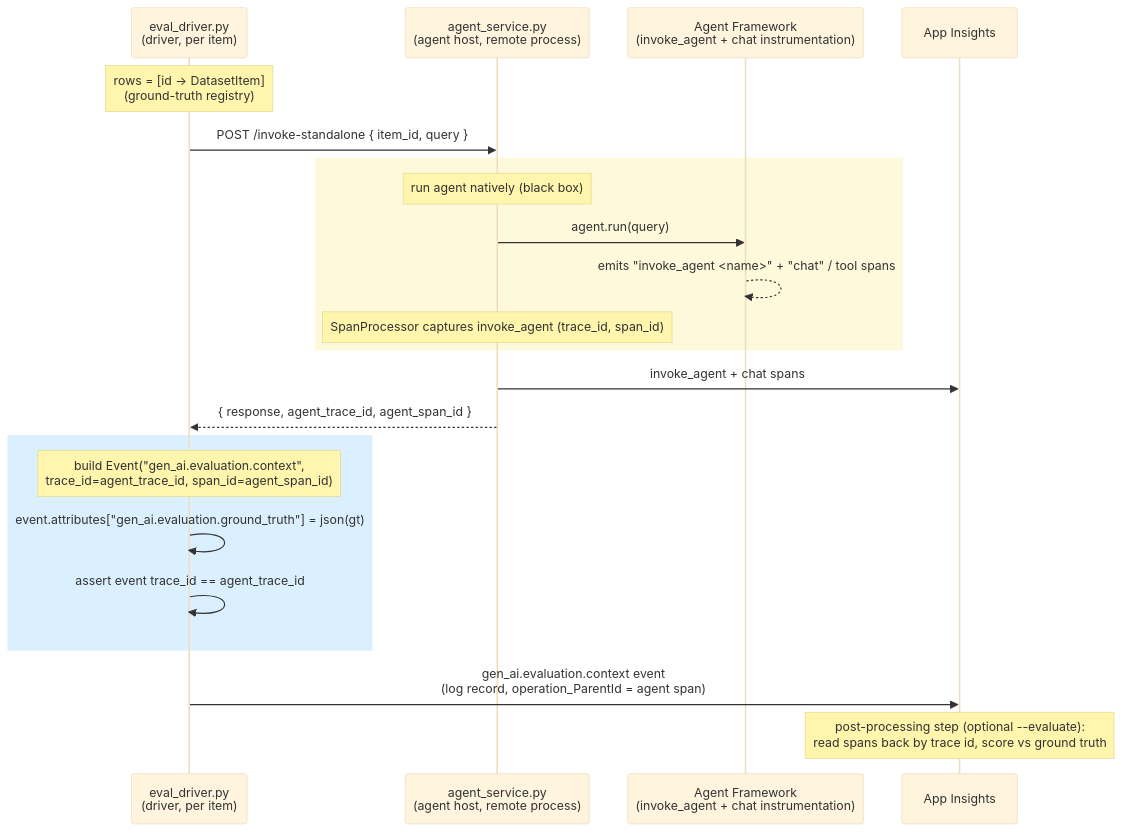
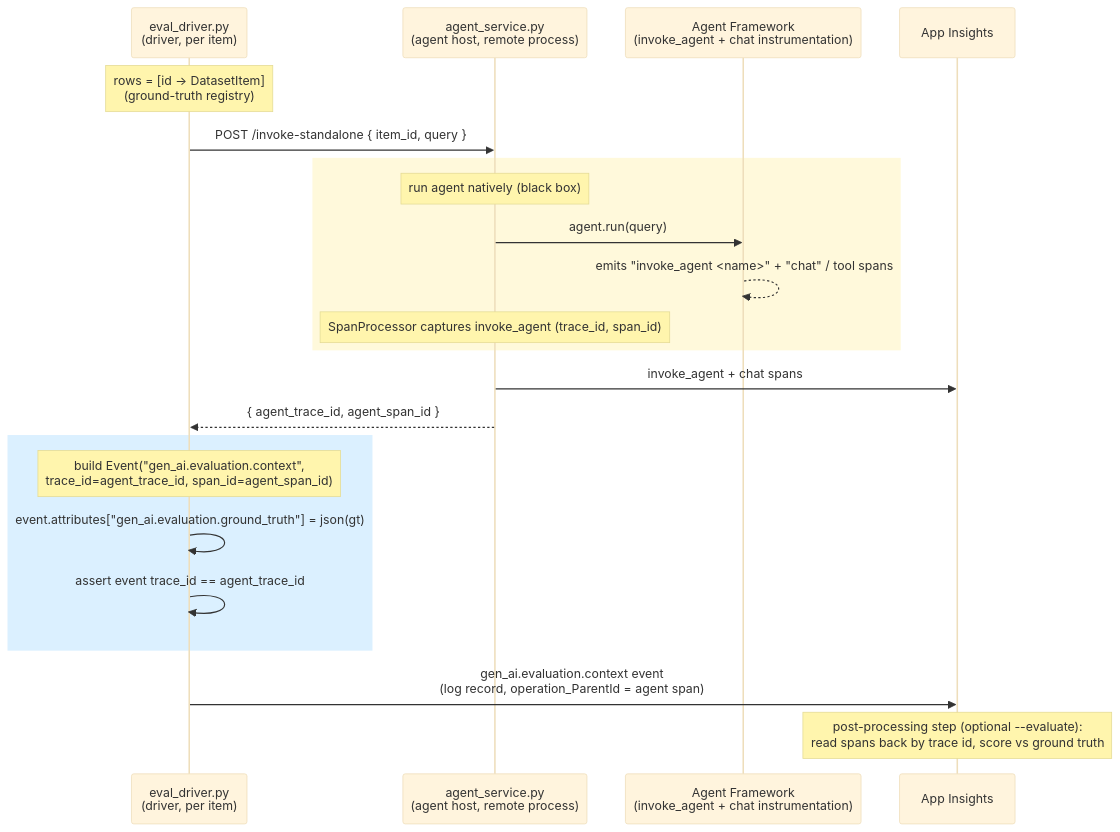
Before and after one commit to kseager/cross-process-eval-context-poc: the diagram in README.md, drawn with Mermaid (base theme). The commit also changed other lines of this file and 4 other files, not shown here.

````diff
--- a/README.md
+++ b/README.md
@@ -169,29 +171,29 @@
 ```mermaid
 sequenceDiagram
     participant ED as eval_driver.py<br/>(driver, per item)
     participant AS as agent_service.py<br/>(agent host, remote process)
     participant AF as Agent Framework<br/>(invoke_agent + chat instrumentation)
     participant AI as App Insights
 
     Note over ED: rows = [id -> DatasetItem]<br/>(ground-truth registry)
 
     ED->>AS: POST /invoke-standalone { item_id, query }
 
     rect rgb(255, 249, 219)
     Note over AS: run agent natively (black box)
     AS->>AF: agent.run(query)
     AF-->>AF: emits "invoke_agent <name>" + "chat" / tool spans
     Note over AS: SpanProcessor captures invoke_agent (trace_id, span_id)
     end
     AS->>AI: invoke_agent + chat spans
-    AS-->>ED: { response, agent_trace_id, agent_span_id }
+    AS-->>ED: { agent_trace_id, agent_span_id }
 
     rect rgb(219, 240, 255)
     Note over ED: build Event("gen_ai.evaluation.context",<br/>trace_id=agent_trace_id, span_id=agent_span_id)
     ED->>ED: event.attributes["gen_ai.evaluation.ground_truth"] = json(gt)
     ED->>ED: assert event trace_id == agent_trace_id
     end
     ED->>AI: gen_ai.evaluation.context event<br/>(log record, operation_ParentId = agent span)
 
     Note over AI: post-processing step (optional --evaluate):<br/>read spans back by trace id, score vs ground truth
 ```
````
